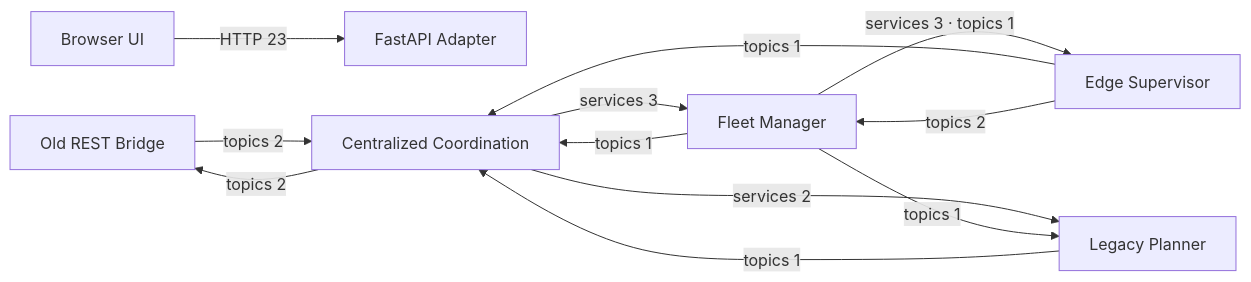
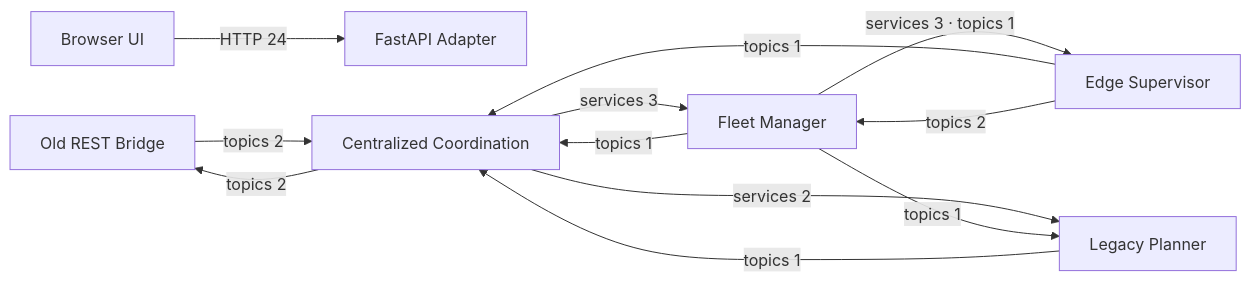
The first of 5 diagrams in docs/generated/index.md (LEBaz2211/C2_imugs2), drawn with Mermaid before and after one commit. The commit also changed other lines of this file and 46 other files, not shown here.

````diff
--- a/docs/generated/index.md
+++ b/docs/generated/index.md
@@ -953,21 +953,21 @@
     ```mermaid
     flowchart LR
       N_component_api["FastAPI Adapter"]
       N_component_c2_rest["Old REST Bridge"]
       N_component_centralized["Centralized Coordination"]
       N_component_edge["Edge Supervisor"]
       N_component_fleet["Fleet Manager"]
       N_component_planner["Legacy Planner"]
       N_component_ui["Browser UI"]
       N_component_c2_rest -->|topics 2| N_component_centralized
       N_component_centralized -->|topics 2| N_component_c2_rest
       N_component_centralized -->|services 3| N_component_fleet
       N_component_centralized -->|services 2| N_component_planner
       N_component_edge -->|topics 1| N_component_centralized
       N_component_edge -->|topics 2| N_component_fleet
       N_component_fleet -->|topics 1| N_component_centralized
       N_component_fleet -->|services 3 · topics 1| N_component_edge
       N_component_fleet -->|topics 1| N_component_planner
       N_component_planner -->|topics 1| N_component_centralized
-      N_component_ui -->|HTTP 23| N_component_api
+      N_component_ui -->|HTTP 24| N_component_api
     ```
````
